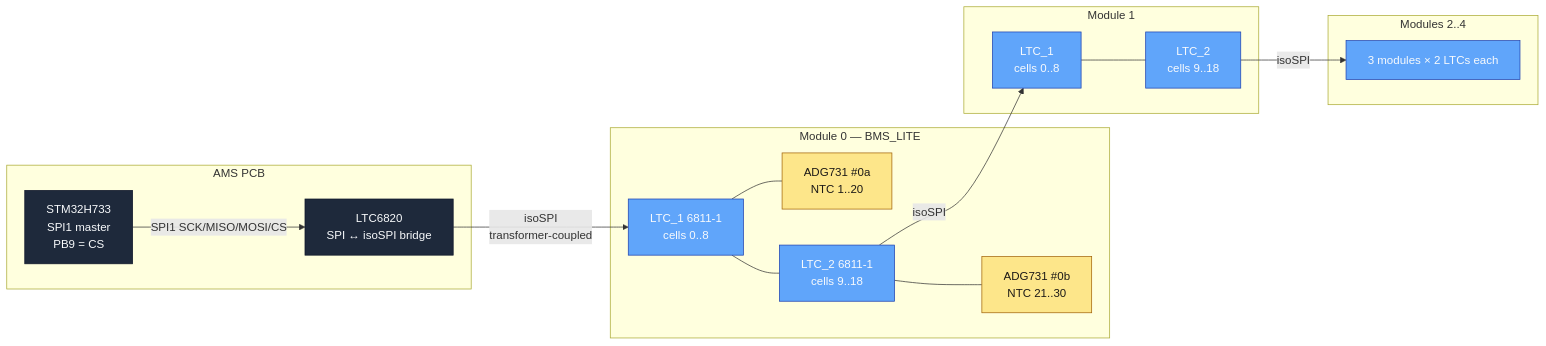
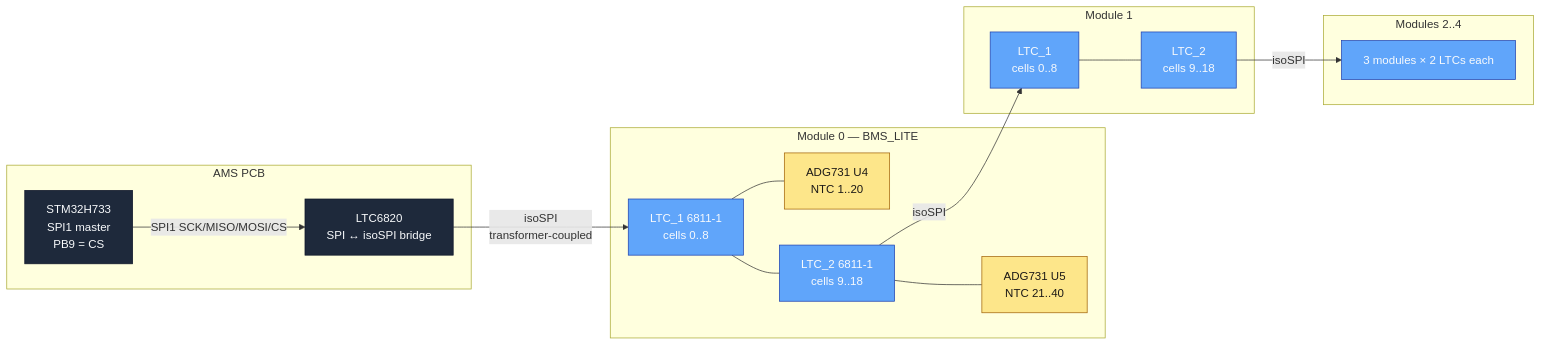
The first of 3 diagrams in docs/BMS_LTC6811.md (isc-fs/IFS08-CE-AMS), drawn with Mermaid before and after one commit. The commit also changed other lines of this file and 13 other files, not shown here.

````diff
--- a/docs/BMS_LTC6811.md
+++ b/docs/BMS_LTC6811.md
@@ -31,39 +37,39 @@
 ```mermaid
 flowchart LR
     subgraph AMS_PCB[AMS PCB]
         MCU[STM32H733<br/>SPI1 master<br/>PB9 = CS]
         LTC6820[LTC6820<br/>SPI ↔ isoSPI bridge]
         MCU -- SPI1 SCK/MISO/MOSI/CS --> LTC6820
     end
 
     subgraph M0[Module 0 — BMS_LITE]
         LTC0a[LTC_1 6811-1<br/>cells 0..8]
-        MUX0a[ADG731 #0a<br/>NTC 1..20]
+        MUX0a[ADG731 U4<br/>NTC 1..20]
         LTC0a --- MUX0a
         LTC0b[LTC_2 6811-1<br/>cells 9..18]
-        MUX0b[ADG731 #0b<br/>NTC 21..30]
+        MUX0b[ADG731 U5<br/>NTC 21..40]
         LTC0b --- MUX0b
         LTC0a --- LTC0b
     end
 
     subgraph M1[Module 1]
         LTC1a[LTC_1<br/>cells 0..8]
         LTC1b[LTC_2<br/>cells 9..18]
         LTC1a --- LTC1b
     end
 
     subgraph Mx[Modules 2..4]
         Mod234[3 modules × 2 LTCs each]
     end
 
     LTC6820 -- "isoSPI<br/>transformer-coupled" --> LTC0a
     LTC0b -- "isoSPI" --> LTC1a
     LTC1b -- "isoSPI" --> Mod234
 
     classDef hw    fill:#1e293b,stroke:#0f172a,color:#f8fafc
     classDef ltc   fill:#60a5fa,stroke:#1e40af,color:#f8fafc
     classDef mux   fill:#fde68a,stroke:#a16207,color:#1c1917
     class MCU,LTC6820 hw
     class LTC0a,LTC0b,LTC1a,LTC1b,Mod234 ltc
     class MUX0a,MUX0b mux
 ```
````
